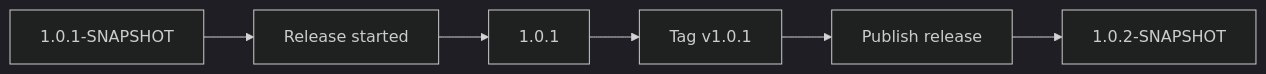
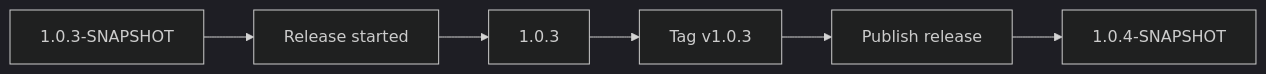
Before and after one commit to kaninda/spring-boot-aggregator-loom: the fourth of 4 diagrams in docs/github_ci.md, drawn with Mermaid (dark theme). The commit also changed other lines of this file, not shown here.

`````diff
--- a/docs/github_ci.md
+++ b/docs/github_ci.md
@@ -191,8 +282,8 @@
 ````mermaid
 flowchart LR
-    A[1.0.1-SNAPSHOT] --> B[Release started]
-    B --> C[1.0.1]
-    C --> D[Tag v1.0.1]
+    A[1.0.3-SNAPSHOT] --> B[Release started]
+    B --> C[1.0.3]
+    C --> D[Tag v1.0.3]
     D --> E[Publish release]
-    E --> F[1.0.2-SNAPSHOT]
+    E --> F[1.0.4-SNAPSHOT]
 ````
`````
